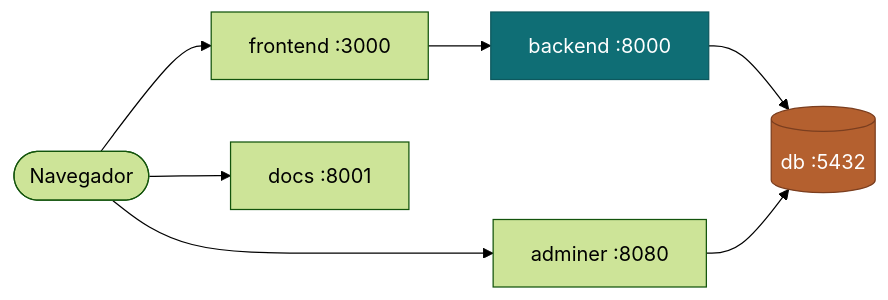
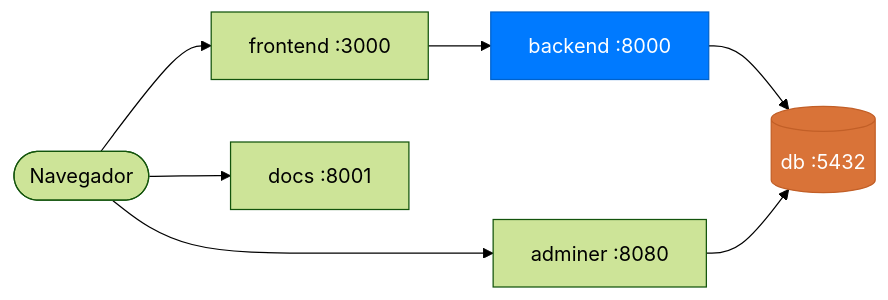
The diagram in docs/ambiente/docker.md (felipegf1/docs-grupo3-tppe), drawn with Mermaid (forest theme) before and after one commit. The commit also changed 1 other file, not shown here.

Commit message:
ajuste na cor do pages

````diff
--- a/docs/ambiente/docker.md
+++ b/docs/ambiente/docker.md
@@ -15,12 +15,12 @@
 ```mermaid
 flowchart LR
     U(["Navegador"]) --> FE["frontend :3000"]
     U --> AD["adminer :8080"]
     U --> DC["docs :8001"]
     FE --> BE["backend :8000"]
     BE --> DB[("db :5432")]
     AD --> DB
 
-    style DB fill:#b4602f,stroke:#7b3e1f,color:#fff
-    style BE fill:#0f6e75,stroke:#0d585e,color:#fff
+    style DB fill:#D97338,stroke:#C25F27,color:#fff
+    style BE fill:#007AFF,stroke:#0062CC,color:#fff
 ```
````
